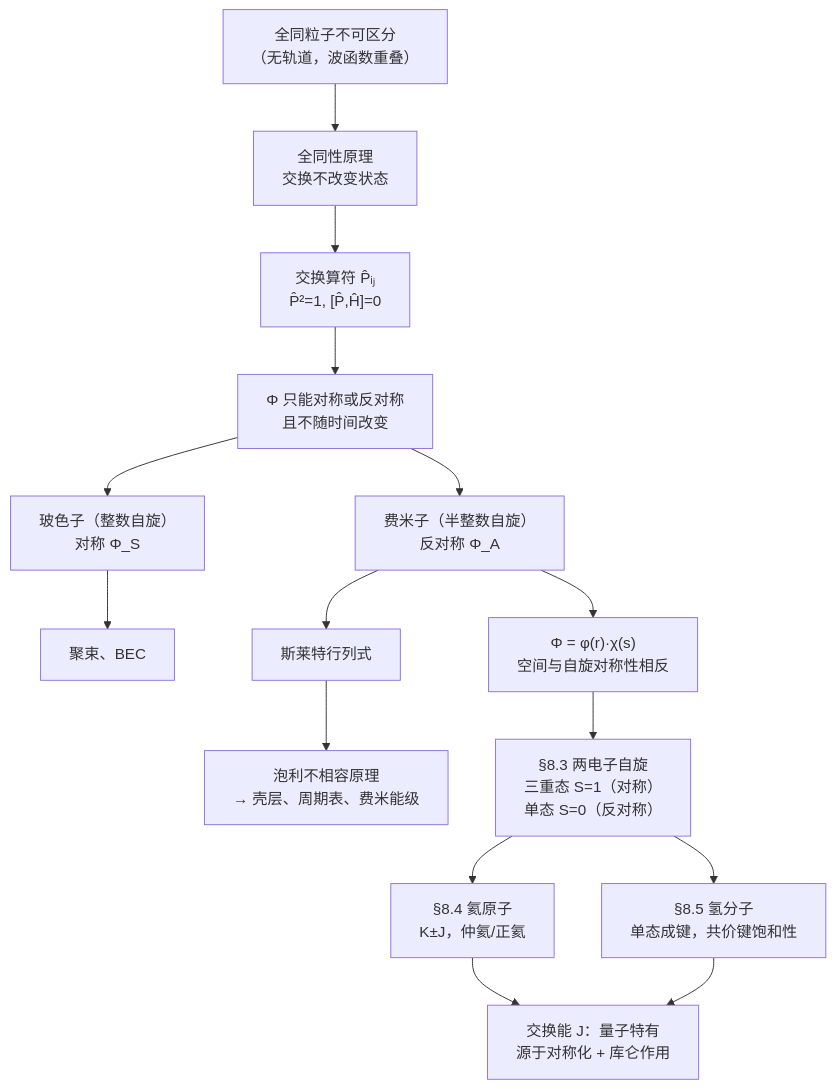
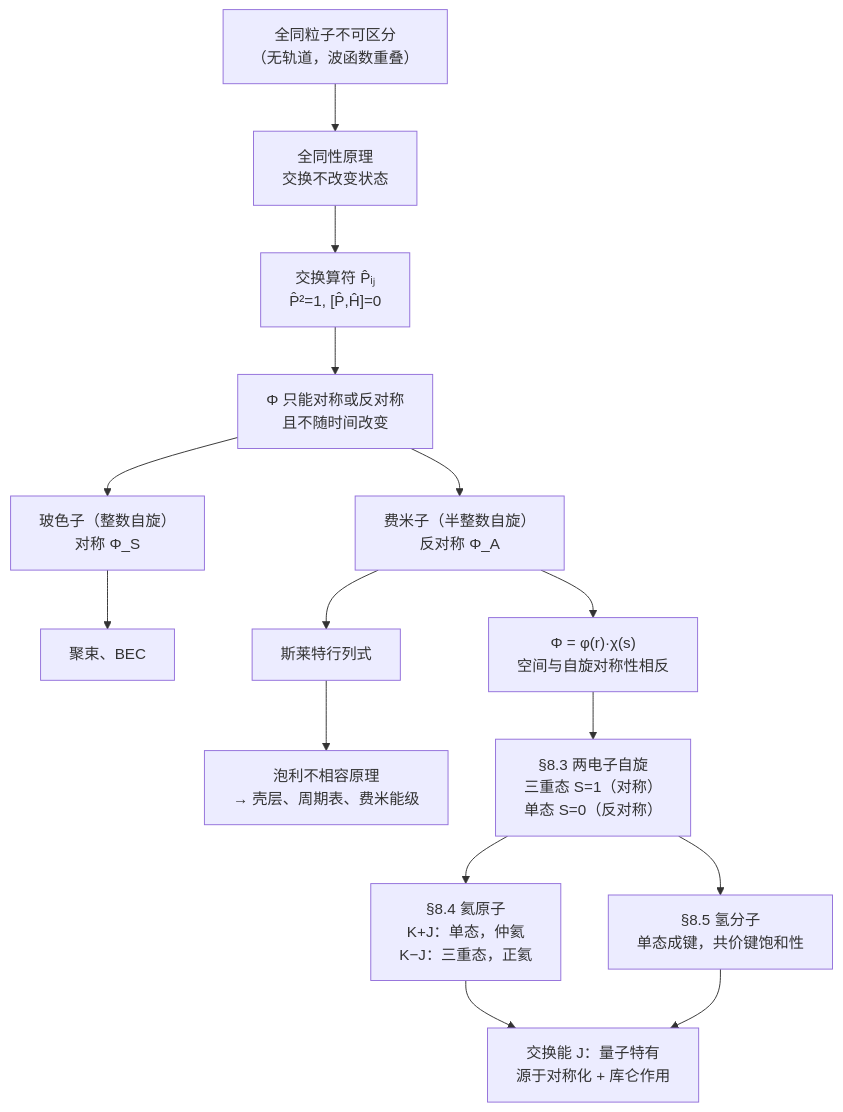
The diagram in docs/ch8.md (cockroach-f/quantum-mechanics), drawn with Mermaid before and after one commit. The commit also changed other lines of this file and 5 other files, not shown here.

Commit message:
勘误：全同粒子散射截面（ch6 补充练习 2、例题 8.7）、氢分子公式、归纳图记号与边标签

````diff
--- a/docs/ch8.md
+++ b/docs/ch8.md
@@ -864,17 +870,17 @@
     ```mermaid
     flowchart TD
         A["全同粒子不可区分<br/>（无轨道，波函数重叠）"] --> B["全同性原理<br/>交换不改变状态"]
         B --> P["交换算符 P̂ᵢⱼ<br/>P̂²=1, [P̂,Ĥ]=0"]
         P --> SA["Φ 只能对称或反对称<br/>且不随时间改变"]
         SA --> BOS["玻色子（整数自旋）<br/>对称 Φ_S"]
         SA --> FER["费米子（半整数自旋）<br/>反对称 Φ_A"]
         FER --> SL["斯莱特行列式"]
         SL --> PAULI["泡利不相容原理<br/>→ 壳层、周期表、费米能级"]
         BOS --> BUN["聚束、BEC"]
         FER --> SP["Φ = φ(r)·χ(s)<br/>空间与自旋对称性相反"]
         SP --> SPIN["§8.3 两电子自旋<br/>三重态 S=1（对称）<br/>单态 S=0（反对称）"]
-        SPIN --> HE["§8.4 氦原子<br/>K±J，仲氦/正氦"]
+        SPIN --> HE["§8.4 氦原子<br/>K+J：单态，仲氦<br/>K−J：三重态，正氦"]
         SPIN --> H2["§8.5 氢分子<br/>单态成键，共价键饱和性"]
         HE --> EX["交换能 J：量子特有<br/>源于对称化 + 库仑作用"]
         H2 --> EX
     ```
````
